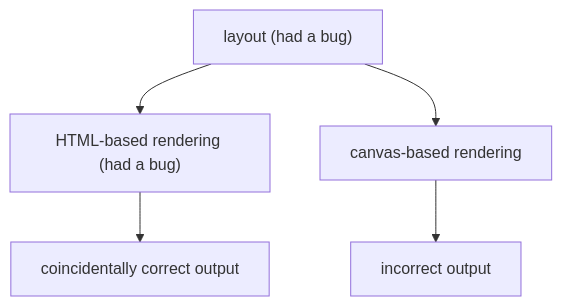
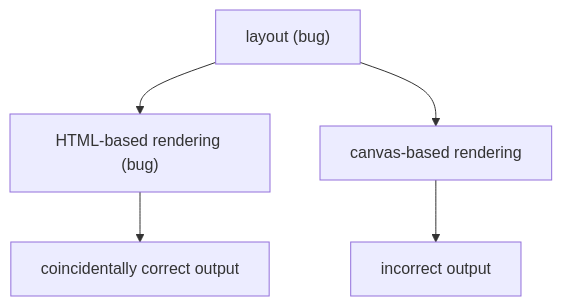
Before and after one commit to TomerAberbach/website: the diagram in private/posts/when-one-bug-fixes-another-bug.md, drawn with Mermaid. The commit also changed other lines of this file, not shown here.

````diff
--- a/private/posts/when-one-bug-fixes-another-bug.md
+++ b/private/posts/when-one-bug-fixes-another-bug.md
@@ -24,12 +24,12 @@
 ```mermaid
 graph TB
-    L["layout (had a bug)"]
-    HR["HTML-based rendering (had a bug)"]
+    L["layout (bug)"]
+    HR["HTML-based rendering (bug)"]
     CR[canvas-based rendering]
     HO[coincidentally correct output]
     CO[incorrect output]
 
     L --> HR & CR
     HR --> HO
     CR --> CO
 ```
````
